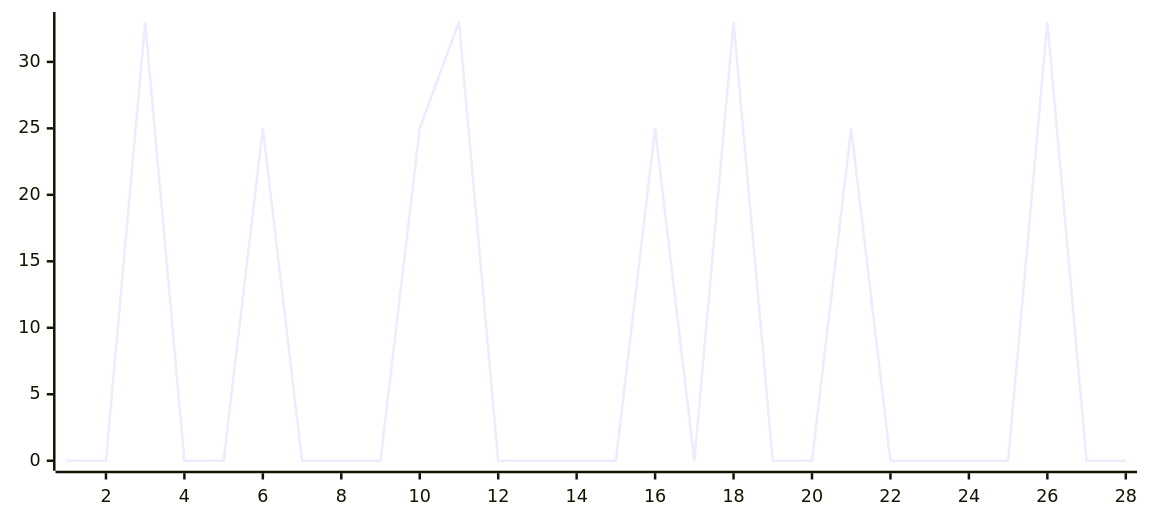
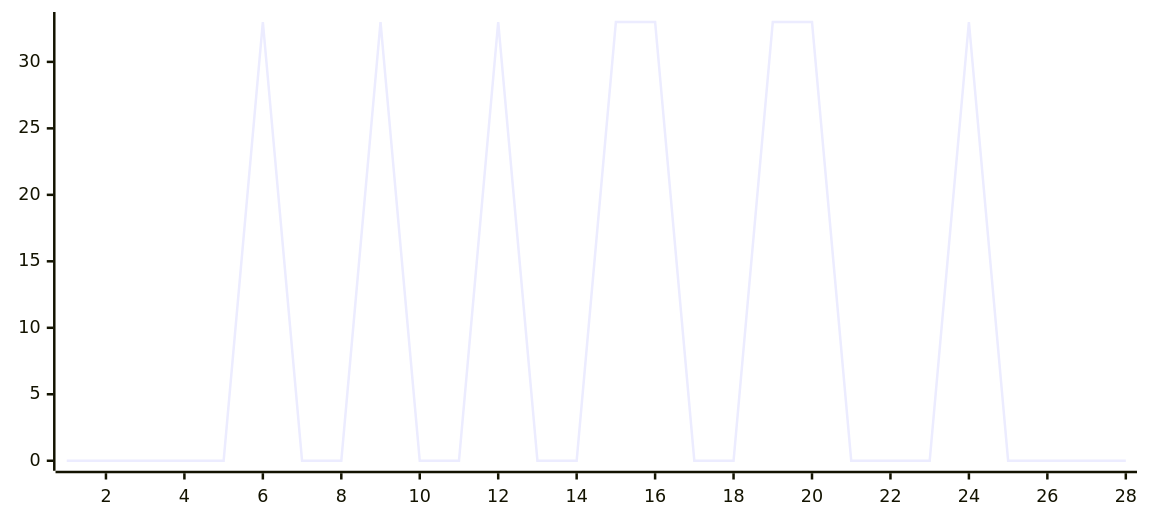
One commit to zyxtoworld/Super-Instruct-Codex-5.6 changed the diagram in README.md. Above: the diagram before and after it, drawn with Mermaid. The commit also changed other lines of this file and 166 other files, not shown here.

````diff
--- a/README.md
+++ b/README.md
@@ -178,18 +180,18 @@
 ```mermaid
 ---
 config:
     xyChart:
         width: 900
         height: 400
         xAxis:
             label: Skill 类别
             padding: 10
         yAxis:
             label: 拒绝率 (%)
             min: 0
             max: 50
             tickStepSize: 10
 ---
 xychart-beta
-    line [0, 0, 33, 0, 0, 25, 0, 0, 0, 25, 33, 0, 0, 0, 0, 25, 0, 33, 0, 0, 25, 0, 0, 0, 0, 33, 0, 0]
+    line [0, 0, 0, 0, 0, 33, 0, 0, 33, 0, 0, 33, 0, 0, 33, 33, 0, 0, 33, 33, 0, 0, 0, 33, 0, 0, 0, 0]
 ```
````
